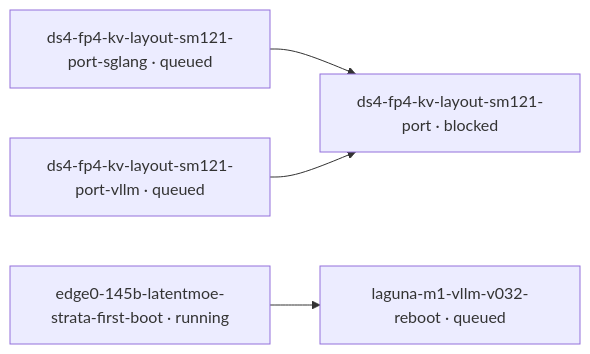
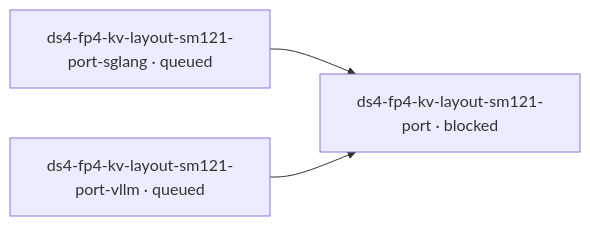
One commit to littlecedar/sparkrun-recipe-registry changed the diagram in mad-science/STATUS.md. Above: the diagram before and after it, drawn with Mermaid. The commit also changed other lines of this file, not shown here.

````diff
--- a/mad-science/STATUS.md
+++ b/mad-science/STATUS.md
@@ -21,13 +21,10 @@
 ```mermaid
 flowchart LR
-  %% 2 blocked, 3 edges, 1 prose-gated, 0 question-gated, 0 question, 21 rows not drawn (--all)
+  %% 7 blocked, 2 edges, 6 prose-gated, 0 question-gated, 0 question, 11 rows not drawn (--all)
   t1["ds4-fp4-kv-layout-sm121-port · blocked"]
   t2["ds4-fp4-kv-layout-sm121-port-sglang · queued"]
   t3["ds4-fp4-kv-layout-sm121-port-vllm · queued"]
-  t4["edge0-145b-latentmoe-strata-first-boot · running"]
-  t5["laguna-m1-vllm-v032-reboot · queued"]
   t2 --> t1
   t3 --> t1
-  t4 --> t5
   classDef no-recorded-edge stroke-dasharray: 4 3
 ```
````
